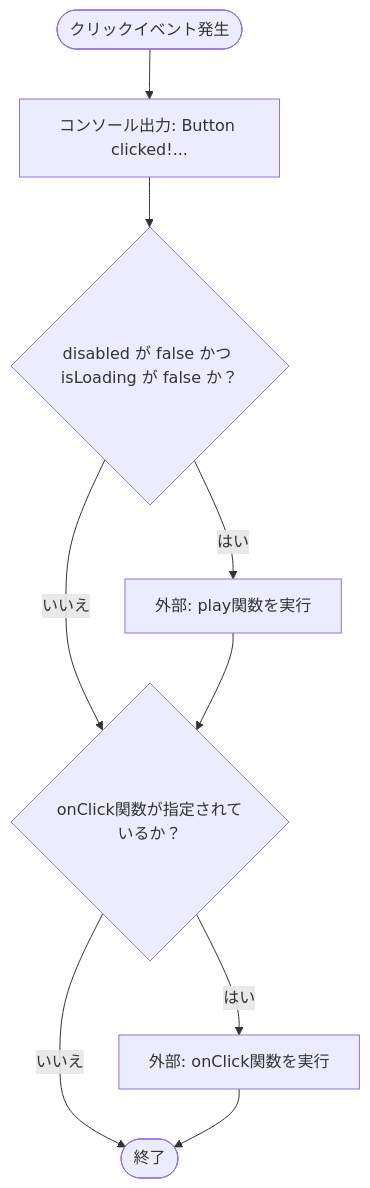
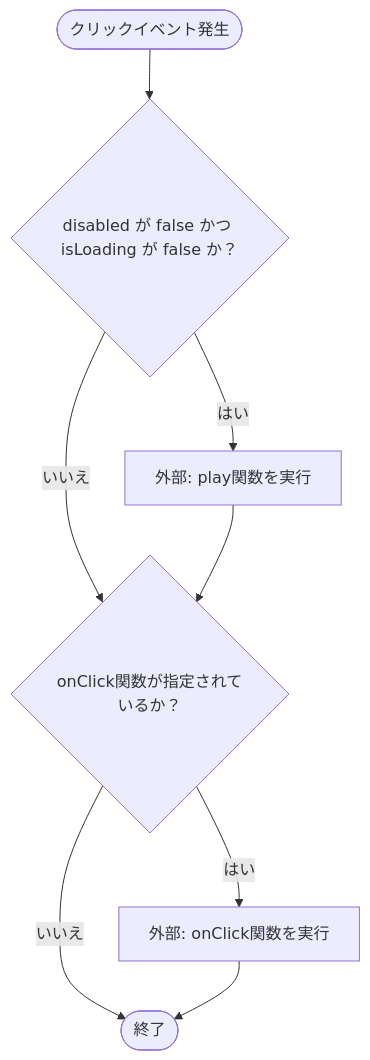
One commit to mmtigers/my_python_project changed the first of 2 diagrams in docs/specifications/family-quest/src/components/ui/Button.md. Above: the diagram before and after it, drawn with Mermaid. The commit also changed other lines of this file, not shown here.

First line of the commit message:
docs(family-quest): Button.mdのドリフトを解消(棚卸しE1)

````diff
--- a/docs/specifications/family-quest/src/components/ui/Button.md
+++ b/docs/specifications/family-quest/src/components/ui/Button.md
@@ -92,12 +92,11 @@
 ```mermaid
 flowchart TD
-    Start([クリックイベント発生]) --> Log[コンソール出力: Button clicked!...]
-    Log --> Condition1{disabled が false かつ isLoading が false か？}
+    Start([クリックイベント発生]) --> Condition1{disabled が false かつ isLoading が false か？}
     Condition1 -- はい --> Play[外部: play関数を実行]
     Condition1 -- いいえ --> Condition2
     Play --> Condition2{onClick関数が指定されているか？}
     Condition2 -- はい --> ExecOnClick[外部: onClick関数を実行]
     Condition2 -- いいえ --> End([終了])
     ExecOnClick --> End
 
 ```
````
